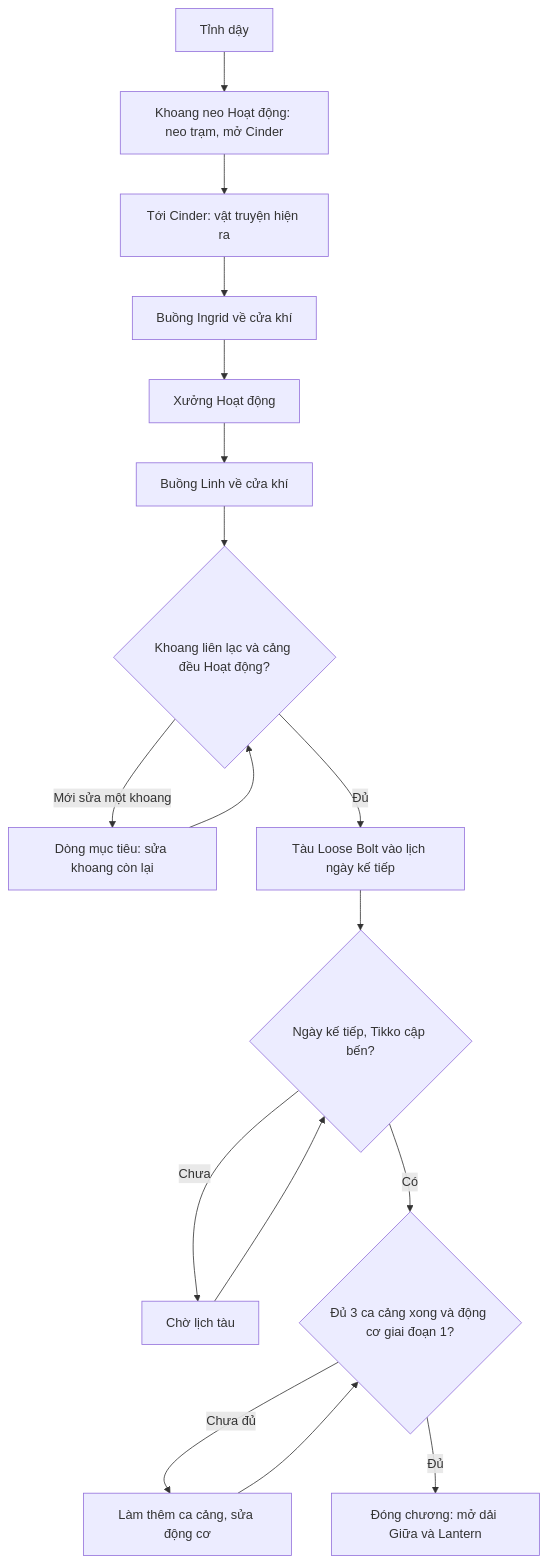
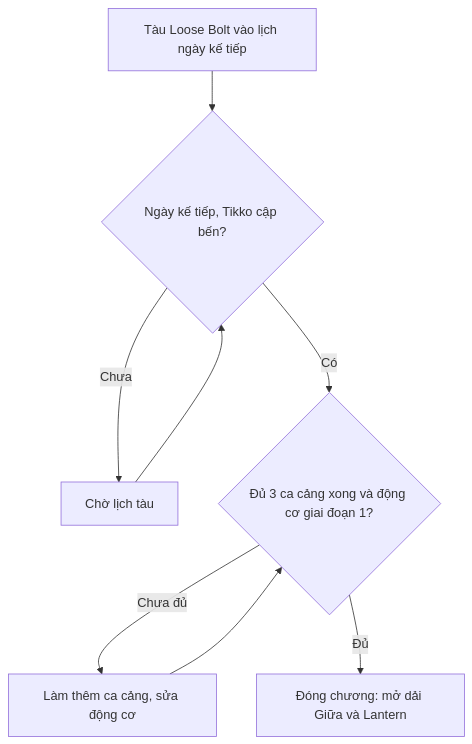
One commit to huycv18/DATN-SP27 changed the third of 3 diagrams in projects/game-moi/book/phan-2/09-cot-truyen-ket-thuc.md. Above: the diagram before and after it, drawn with Mermaid. The commit also changed other lines of this file and 2 other files, not shown here.

Commit message:
GD-067 II.6 (gd-quan, câu tip log 114, hàng đợi xưởng 2 chỗ tính mẻ đang chạy) và II.9 (gd-story, tách sơ đồ, giải nghĩa tên riêng)

````diff
--- a/projects/game-moi/book/phan-2/09-cot-truyen-ket-thuc.md
+++ b/projects/game-moi/book/phan-2/09-cot-truyen-ket-thuc.md
@@ -68,19 +85,10 @@
 ```mermaid
 flowchart TD
-  A["Tỉnh dậy"] --> B["Khoang neo Hoạt động: neo trạm, mở Cinder"]
-  B --> C["Tới Cinder: vật truyện hiện ra"]
-  C --> D["Buồng Ingrid về cửa khí"]
-  D --> E["Xưởng Hoạt động"]
-  E --> F["Buồng Linh về cửa khí"]
-  F --> G{"Khoang liên lạc và cảng đều Hoạt động?"}
-  G -->|Mới sửa một khoang| H["Dòng mục tiêu: sửa khoang còn lại"]
-  H --> G
-  G -->|Đủ| I["Tàu Loose Bolt vào lịch ngày kế tiếp"]
-  I --> J{"Ngày kế tiếp, Tikko cập bến?"}
+  I["Tàu Loose Bolt vào lịch ngày kế tiếp"] --> J{"Ngày kế tiếp, Tikko cập bến?"}
   J -->|Chưa| K["Chờ lịch tàu"]
   K --> J
   J -->|Có| L{"Đủ 3 ca cảng xong và động cơ giai đoạn 1?"}
   L -->|Chưa đủ| M["Làm thêm ca cảng, sửa động cơ"]
   M --> L
   L -->|Đủ| N["Đóng chương: mở dải Giữa và Lantern"]
 ```
````
